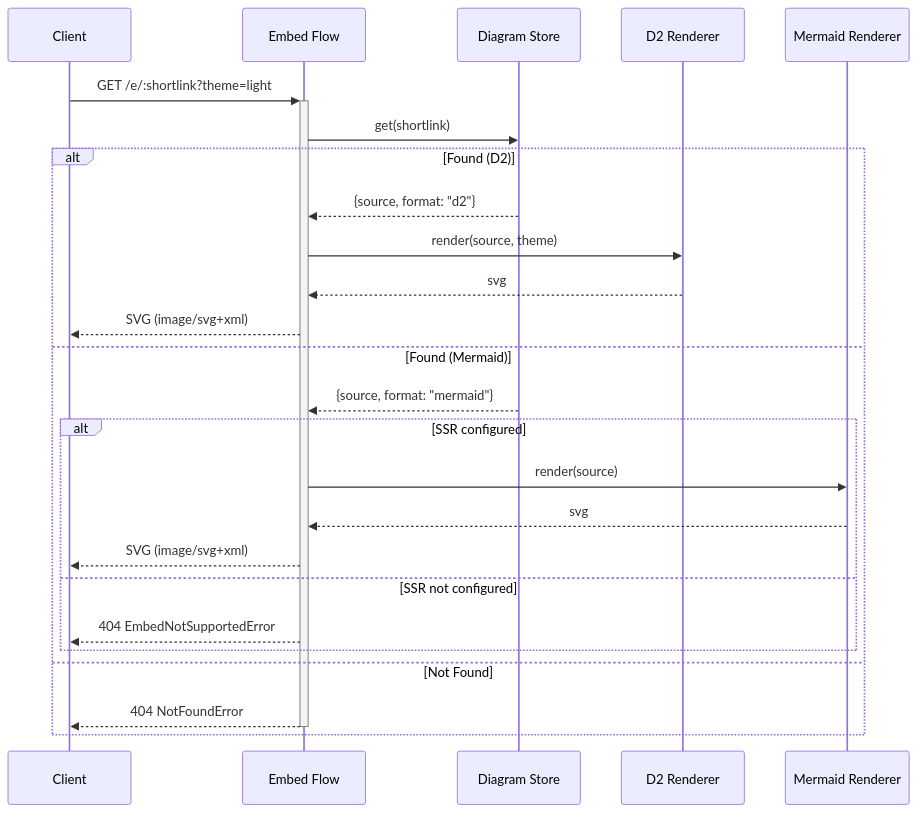
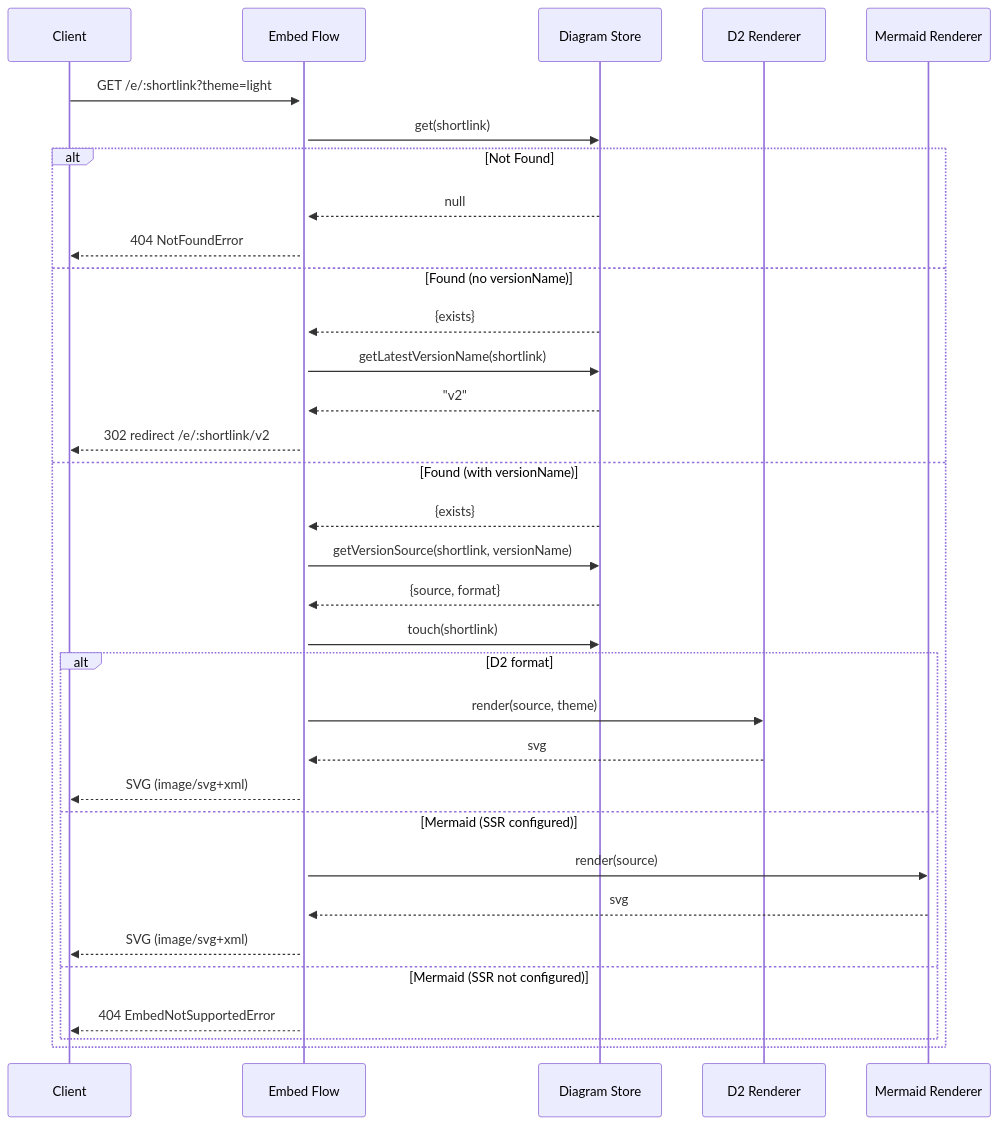
One commit to lagz0ne/diashort changed the second of 2 diagrams in .c3/c3-1-api-server/c3-123-embed-flow.md. Above: the diagram before and after it, drawn with Mermaid. The commit also changed other lines of this file and 26 other files, not shown here.

First line of the commit message:
docs: audit and update C3 architecture docs, add codemap

````diff
--- a/.c3/c3-1-api-server/c3-123-embed-flow.md
+++ b/.c3/c3-1-api-server/c3-123-embed-flow.md
@@ -27,28 +29,36 @@
 ```mermaid
 sequenceDiagram
     participant Client
     participant Flow as Embed Flow
     participant Store as Diagram Store
     participant D2 as D2 Renderer
     participant Mermaid as Mermaid Renderer
 
     Client->>+Flow: GET /e/:shortlink?theme=light
     Flow->>Store: get(shortlink)
-    alt Found (D2)
-        Store-->>Flow: {source, format: "d2"}
-        Flow->>D2: render(source, theme)
-        D2-->>Flow: svg
-        Flow-->>Client: SVG (image/svg+xml)
-    else Found (Mermaid)
-        Store-->>Flow: {source, format: "mermaid"}
-        alt SSR configured
+    alt Not Found
+        Store-->>Flow: null
+        Flow-->>Client: 404 NotFoundError
+    else Found (no versionName)
+        Store-->>Flow: {exists}
+        Flow->>Store: getLatestVersionName(shortlink)
+        Store-->>Flow: "v2"
+        Flow-->>Client: 302 redirect /e/:shortlink/v2
+    else Found (with versionName)
+        Store-->>Flow: {exists}
+        Flow->>Store: getVersionSource(shortlink, versionName)
+        Store-->>Flow: {source, format}
+        Flow->>Store: touch(shortlink)
+        alt D2 format
+            Flow->>D2: render(source, theme)
+            D2-->>Flow: svg
+            Flow-->>Client: SVG (image/svg+xml)
+        else Mermaid (SSR configured)
             Flow->>Mermaid: render(source)
             Mermaid-->>Flow: svg
             Flow-->>Client: SVG (image/svg+xml)
-        else SSR not configured
+        else Mermaid (SSR not configured)
             Flow-->>Client: 404 EmbedNotSupportedError
         end
-    else Not Found
-        Flow-->>-Client: 404 NotFoundError
     end
 ```
````
